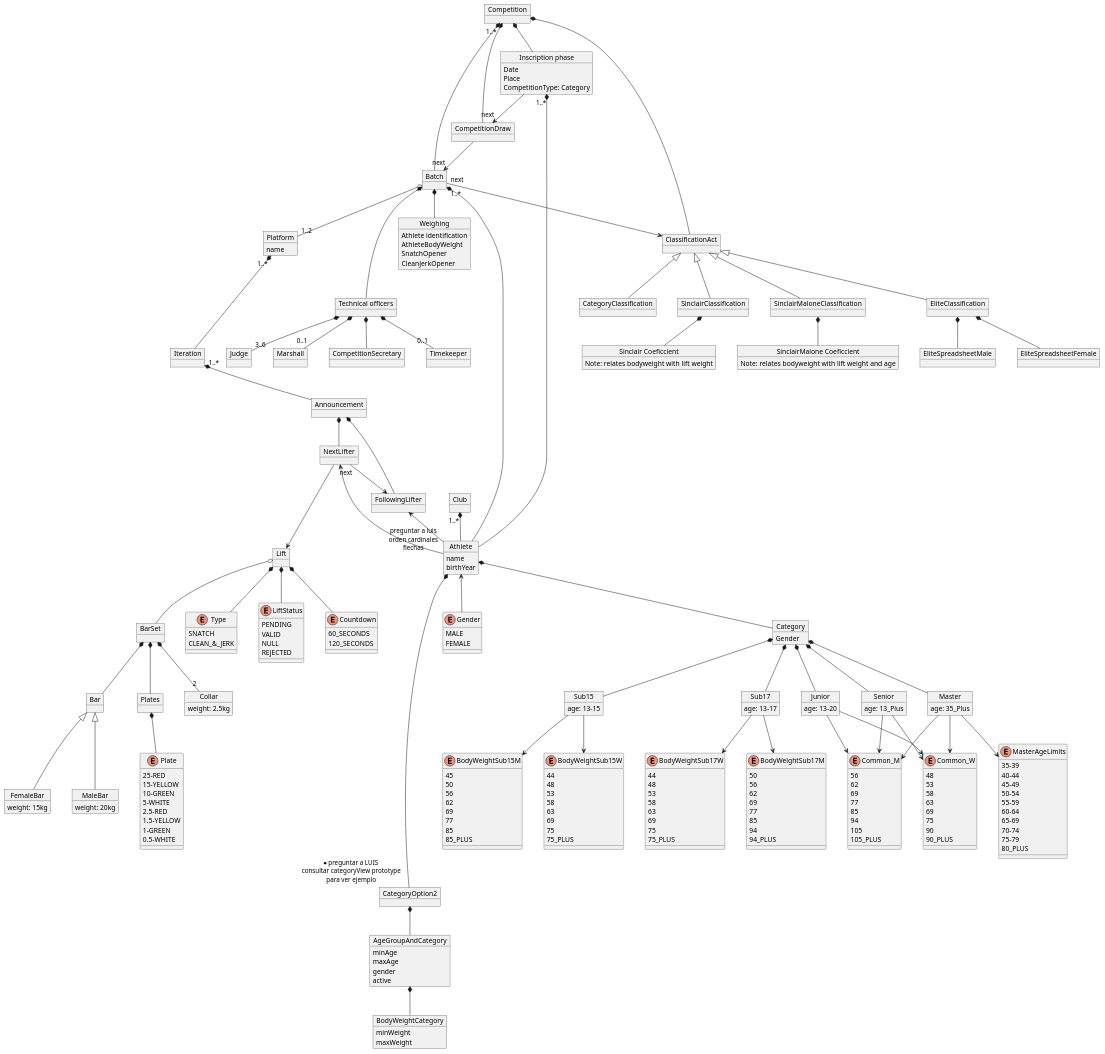
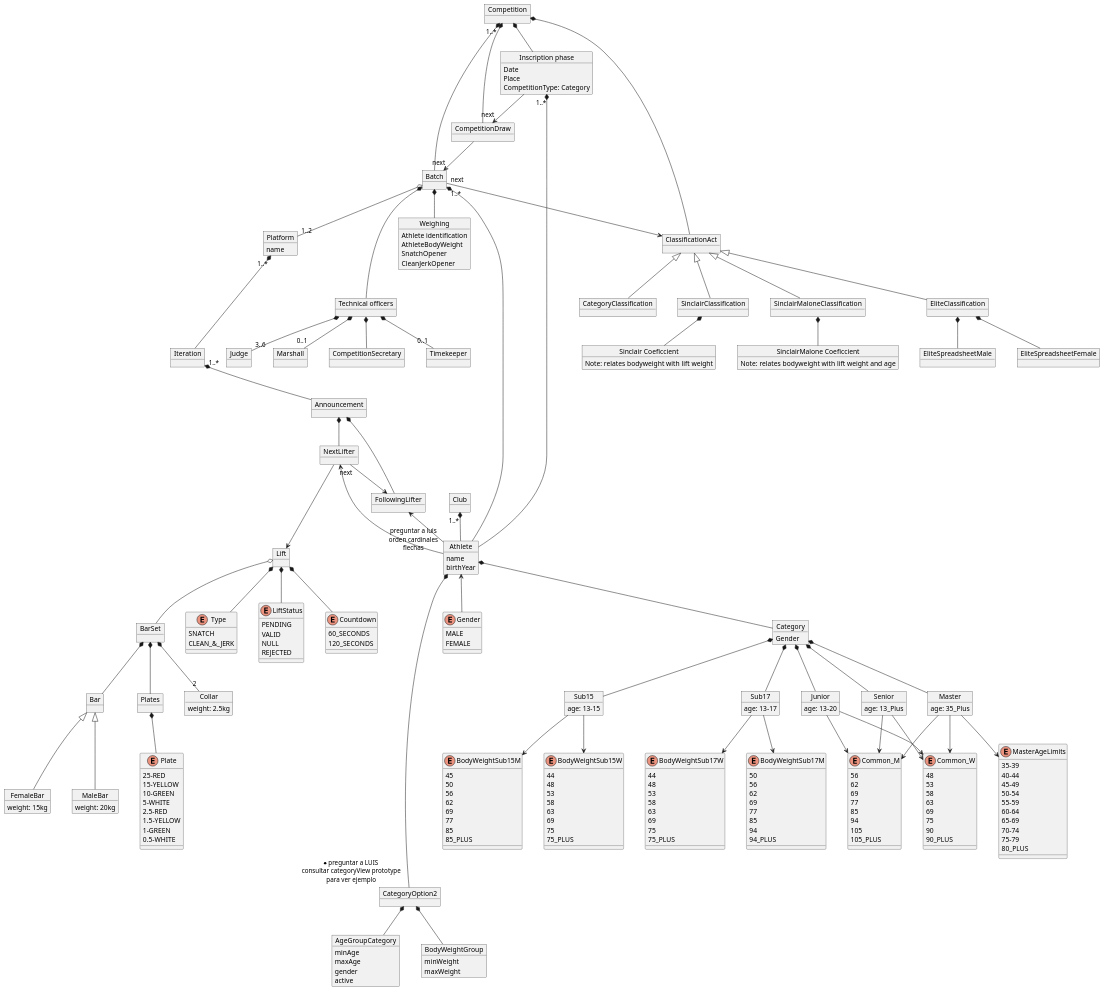
Before and after one commit to zuldare/mastercloud_pfm_halterocms: the diagram in diagrams/modelDomain/competitionDomainModel.puml, drawn with PlantUML.

Commit message:
Added other option for categories Added categories prototypes

```diff
--- a/diagrams/modelDomain/competitionDomainModel.puml
+++ b/diagrams/modelDomain/competitionDomainModel.puml
@@ -281,18 +281,18 @@
 
 
 object CategoryOption2
-object AgeGroupAndCategory {
+object AgeGroupCategory {
   minAge
   maxAge
   gender
   active
 }
-object BodyWeightCategory {
+object BodyWeightGroup {
   minWeight
   maxWeight
 }
 
 Athlete *----- "*preguntar a LUIS\n consultar categoryView prototype\n para ver ejemplo" CategoryOption2
-CategoryOption2 *-- AgeGroupAndCategory
-AgeGroupAndCategory *-- BodyWeightCategory
+CategoryOption2 *-- AgeGroupCategory
+CategoryOption2 *-- BodyWeightGroup
 @enduml
```
